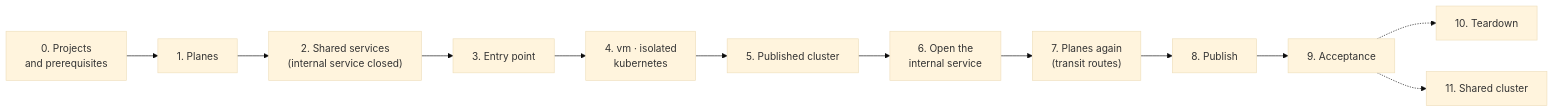
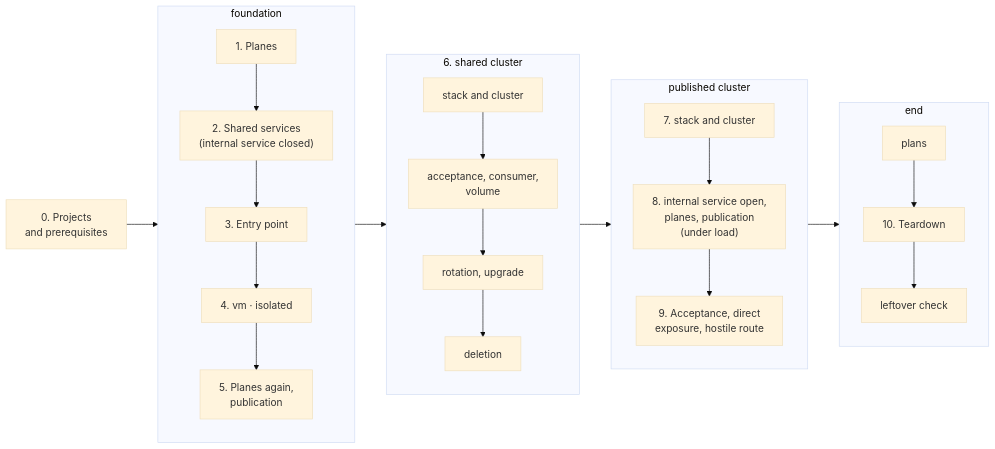
The diagram in docs/reference/test-procedure.md (CyprisTech/openstack-multitenant-reference), drawn with Mermaid (base theme) before and after one commit. The commit also changed other lines of this file and 2 other files, not shown here.

````diff
--- a/docs/reference/test-procedure.md
+++ b/docs/reference/test-procedure.md
@@ -11,14 +13,21 @@
 ```mermaid
 flowchart LR
-    P["0. Projects<br/>and prerequisites"] --> H["1. Planes"]
-    H --> C["2. Shared services<br/>(internal service closed)"]
-    C --> E["3. Entry point"]
-    E --> T["4. vm · isolated<br/>kubernetes"]
-    T --> K["5. Published cluster"]
-    K --> I["6. Open the<br/>internal service"]
-    I --> R["7. Planes again<br/>(transit routes)"]
-    R --> PB["8. Publish"]
-    PB --> A["9. Acceptance"]
-    A -.-> D["10. Teardown"]
-    A -.-> SC["11. Shared cluster"]
+    P0["0. Projects<br/>and prerequisites"] --> F
+    subgraph F["foundation"]
+        direction TB
+        F1["1. Planes"] --> F2["2. Shared services<br/>(internal service closed)"] --> F3["3. Entry point"] --> F4["4. vm · isolated"] --> F5["5. Planes again,<br/>publication"]
+    end
+    subgraph S["6. shared cluster"]
+        direction TB
+        S1["stack and cluster"] --> S2["acceptance, consumer,<br/>volume"] --> S3["rotation, upgrade"] --> S4["deletion"]
+    end
+    subgraph K["published cluster"]
+        direction TB
+        K7["7. stack and cluster"] --> K8["8. internal service open,<br/>planes, publication<br/>(under load)"] --> K9["9. Acceptance, direct<br/>exposure, hostile route"]
+    end
+    subgraph E["end"]
+        direction TB
+        E1["plans"] --> E2["10. Teardown"] --> E3["leftover check"]
+    end
+    F --> S --> K --> E
 ```
````
